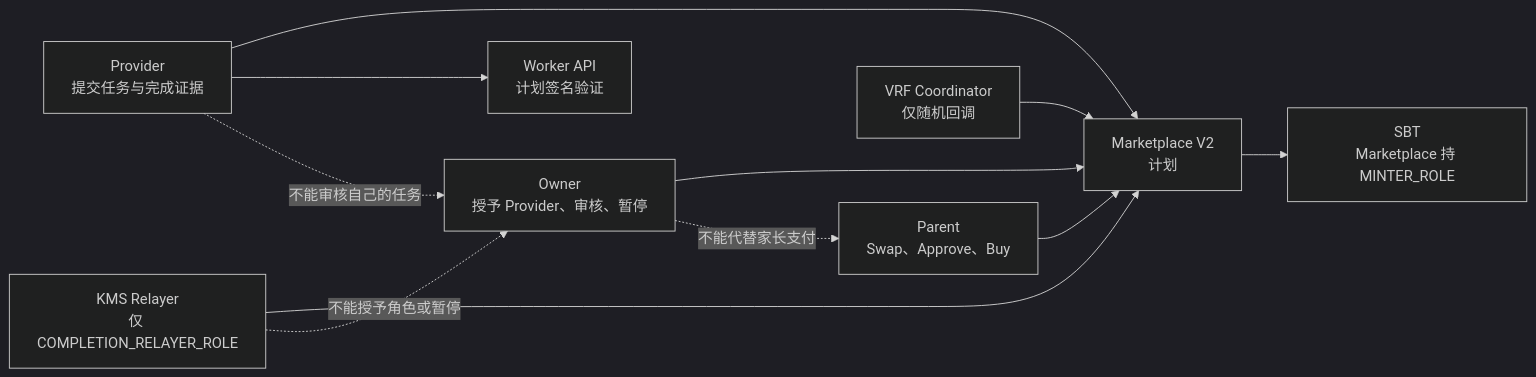
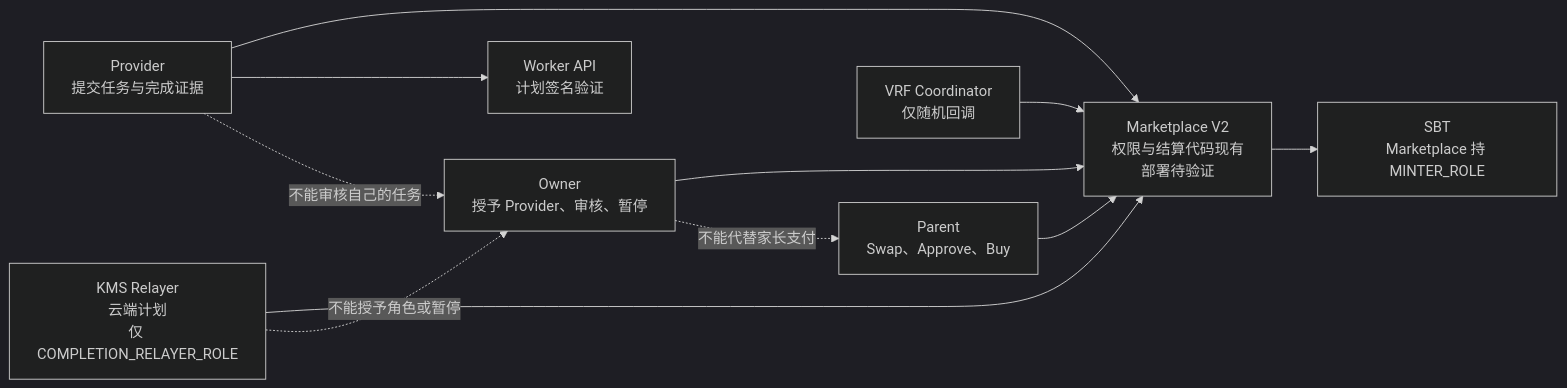
One commit to Tiancheng-Xu/babysteps changed the fourth of 4 diagrams in docs/architecture/starbuddy-web3-architecture.mmd. Above: the diagram before and after it, drawn with Mermaid (dark theme). The commit also changed other lines of this file and 3 other files, not shown here.

````diff
--- a/docs/architecture/starbuddy-web3-architecture.mmd
+++ b/docs/architecture/starbuddy-web3-architecture.mmd
@@ -89,14 +89,14 @@
 ```mermaid
 flowchart LR
-    owner2["Owner<br/>授予 Provider、审核、暂停"] --> market["Marketplace V2<br/>计划"]
+    owner2["Owner<br/>授予 Provider、审核、暂停"] --> market["Marketplace V2<br/>权限与结算代码现有<br/>部署待验证"]
     provider2["Provider<br/>提交任务与完成证据"] --> market
     provider2 --> api["Worker API<br/>计划签名验证"]
     parent2["Parent<br/>Swap、Approve、Buy"] --> market
-    relayer2["KMS Relayer<br/>仅 COMPLETION_RELAYER_ROLE"] --> market
+    relayer2["KMS Relayer<br/>云端计划<br/>仅 COMPLETION_RELAYER_ROLE"] --> market
     coordinator["VRF Coordinator<br/>仅随机回调"] --> market
     market --> sbt2["SBT<br/>Marketplace 持 MINTER_ROLE"]
 
     owner2 -. "不能代替家长支付" .-> parent2
     provider2 -. "不能审核自己的任务" .-> owner2
     relayer2 -. "不能授予角色或暂停" .-> owner2
 ```
````
